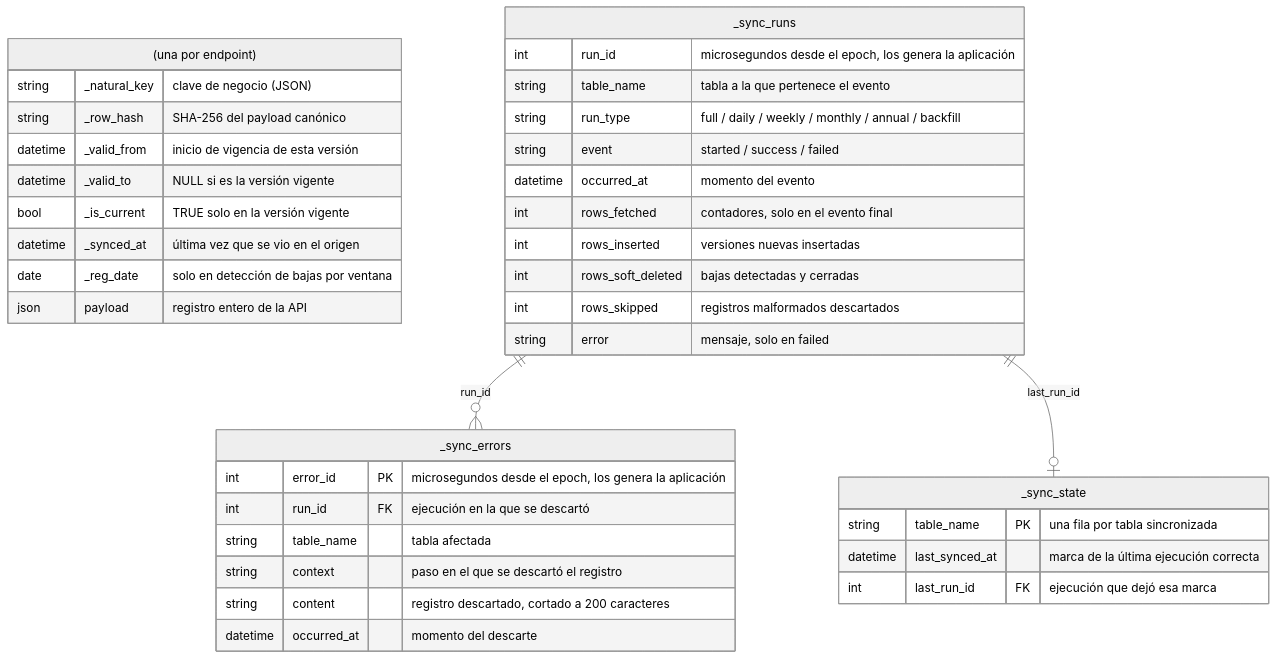
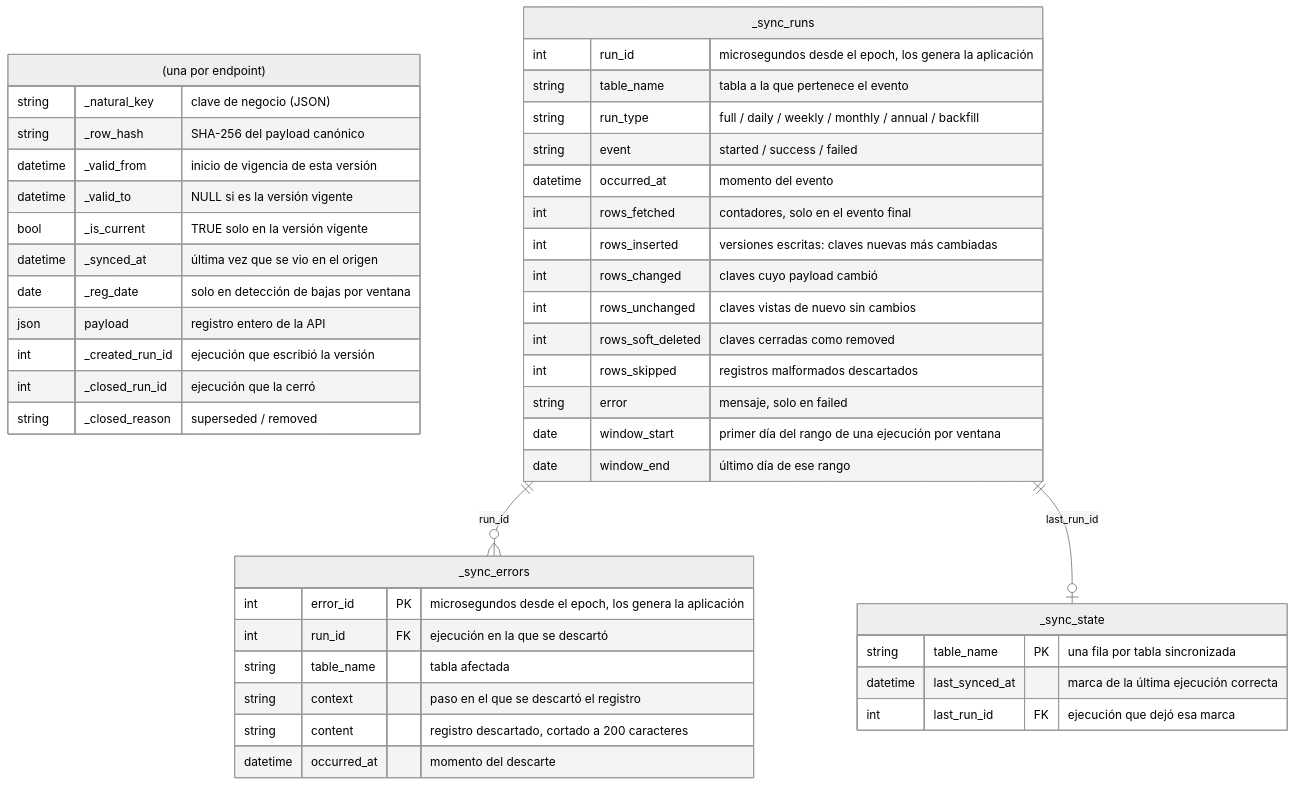
Before and after one commit to cruzlorite/bdns-fetch: the first of 2 diagrams in docs/sync/reference/data-model.md, drawn with Mermaid (neutral theme). The commit also changed other lines of this file and 60 other files, not shown here.

````diff
--- a/docs/sync/reference/data-model.md
+++ b/docs/sync/reference/data-model.md
@@ -20,40 +25,47 @@
 ```mermaid
 erDiagram
     "<entidad> (una por endpoint)" {
         string  _natural_key   "clave de negocio (JSON)"
         string  _row_hash      "SHA-256 del payload canónico"
         datetime _valid_from   "inicio de vigencia de esta versión"
         datetime _valid_to     "NULL si es la versión vigente"
         bool    _is_current    "TRUE solo en la versión vigente"
         datetime _synced_at    "última vez que se vio en el origen"
         date    _reg_date      "solo en detección de bajas por ventana"
         json    payload        "registro entero de la API"
+        int     _created_run_id "ejecución que escribió la versión"
+        int     _closed_run_id "ejecución que la cerró"
+        string  _closed_reason "superseded / removed"
     }
     _sync_state {
         string   table_name PK "una fila por tabla sincronizada"
         datetime last_synced_at "marca de la última ejecución correcta"
         int      last_run_id FK "ejecución que dejó esa marca"
     }
     _sync_runs {
         int      run_id        "microsegundos desde el epoch, los genera la aplicación"
         string   table_name    "tabla a la que pertenece el evento"
         string   run_type      "full / daily / weekly / monthly / annual / backfill"
         string   event         "started / success / failed"
         datetime occurred_at   "momento del evento"
         int      rows_fetched  "contadores, solo en el evento final"
-        int      rows_inserted "versiones nuevas insertadas"
-        int      rows_soft_deleted "bajas detectadas y cerradas"
+        int      rows_inserted "versiones escritas: claves nuevas más cambiadas"
+        int      rows_changed  "claves cuyo payload cambió"
+        int      rows_unchanged "claves vistas de nuevo sin cambios"
+        int      rows_soft_deleted "claves cerradas como removed"
         int      rows_skipped  "registros malformados descartados"
         string   error         "mensaje, solo en failed"
+        date     window_start  "primer día del rango de una ejecución por ventana"
+        date     window_end    "último día de ese rango"
     }
     _sync_errors {
         int      error_id PK   "microsegundos desde el epoch, los genera la aplicación"
         int      run_id FK     "ejecución en la que se descartó"
         string   table_name    "tabla afectada"
         string   context       "paso en el que se descartó el registro"
         string   content       "registro descartado, cortado a 200 caracteres"
         datetime occurred_at   "momento del descarte"
     }
     _sync_runs ||--o{ _sync_errors : "run_id"
     _sync_runs ||--o| _sync_state : "last_run_id"
 ```
````
